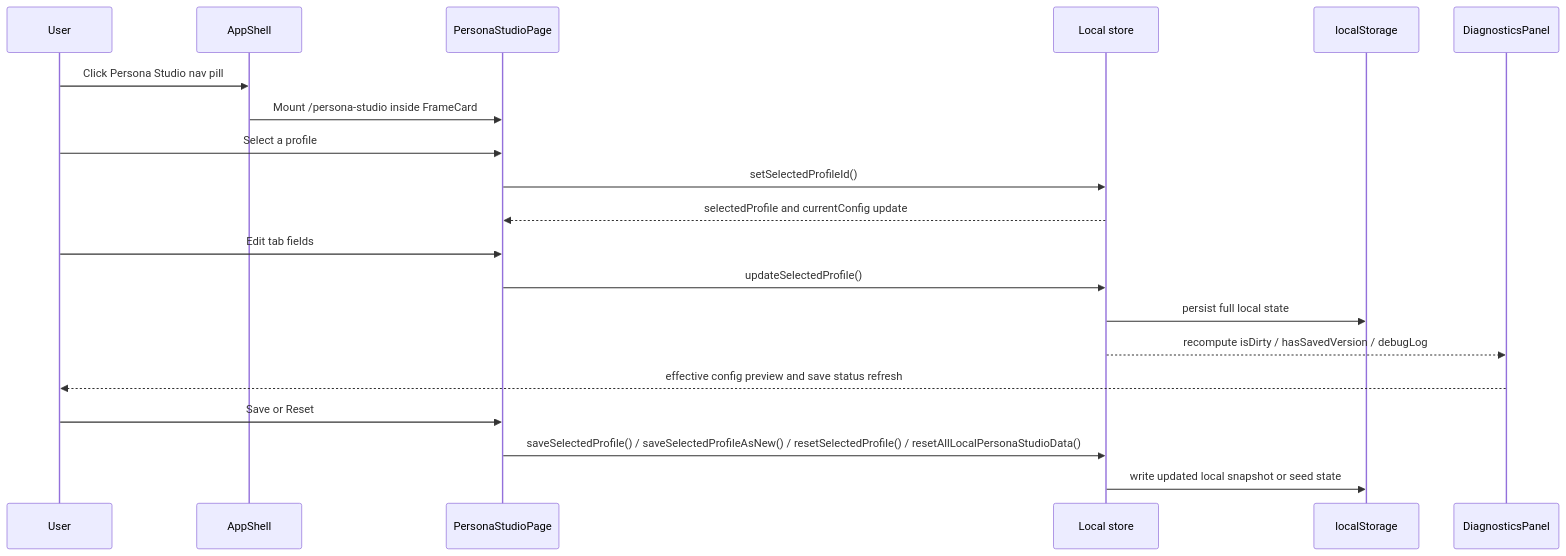
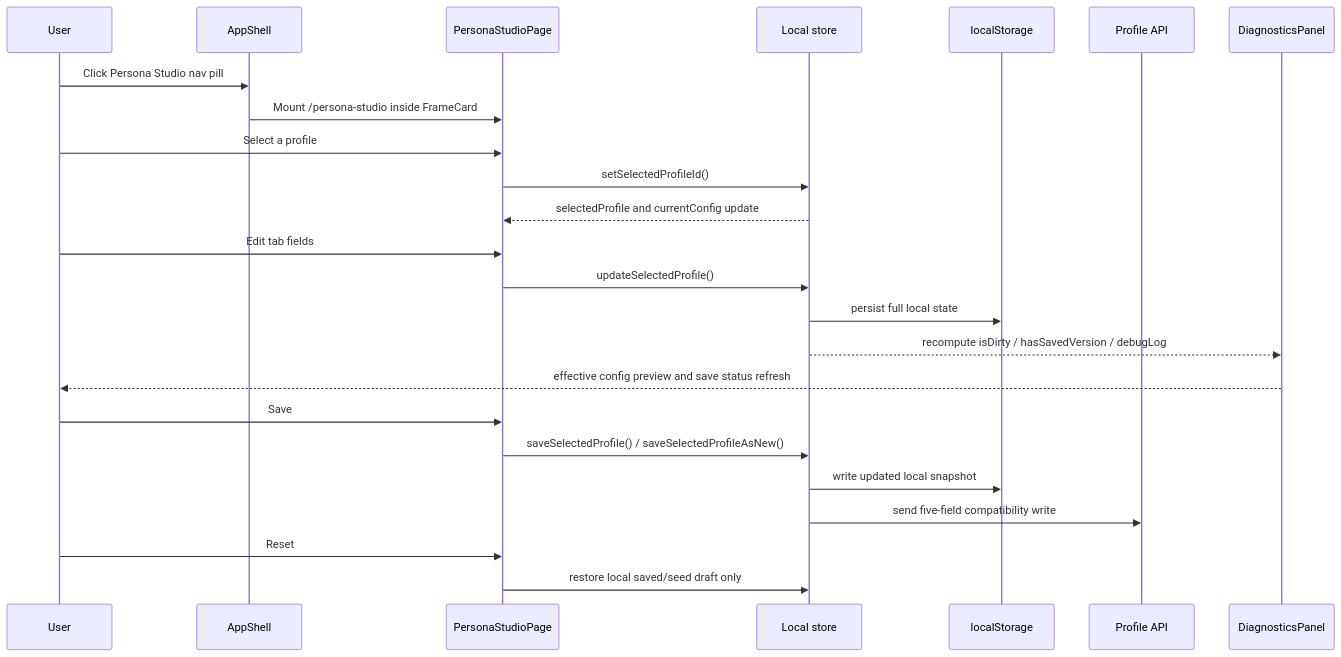
The third of 3 diagrams in docs/architecture/persona-studio.md (Resonant-Jones/Codexify), drawn with Mermaid before and after one commit. The commit also changed other lines of this file and 9 other files, not shown here.

Commit message:
Persist account-owned Persona Profile manifests

````diff
--- a/docs/architecture/persona-studio.md
+++ b/docs/architecture/persona-studio.md
@@ -255,23 +286,27 @@
 ```mermaid
 sequenceDiagram
     participant U as User
     participant S as AppShell
     participant P as PersonaStudioPage
     participant T as Local store
     participant L as localStorage
+    participant A as Profile API
     participant D as DiagnosticsPanel
 
     U->>S: Click Persona Studio nav pill
     S->>P: Mount /persona-studio inside FrameCard
     U->>P: Select a profile
     P->>T: setSelectedProfileId()
     T-->>P: selectedProfile and currentConfig update
     U->>P: Edit tab fields
     P->>T: updateSelectedProfile()
     T->>L: persist full local state
     T-->>D: recompute isDirty / hasSavedVersion / debugLog
     D-->>U: effective config preview and save status refresh
-    U->>P: Save or Reset
-    P->>T: saveSelectedProfile() / saveSelectedProfileAsNew() / resetSelectedProfile() / resetAllLocalPersonaStudioData()
-    T->>L: write updated local snapshot or seed state
+    U->>P: Save
+    P->>T: saveSelectedProfile() / saveSelectedProfileAsNew()
+    T->>L: write updated local snapshot
+    T->>A: send five-field compatibility write
+    U->>P: Reset
+    P->>T: restore local saved/seed draft only
 ```
````
